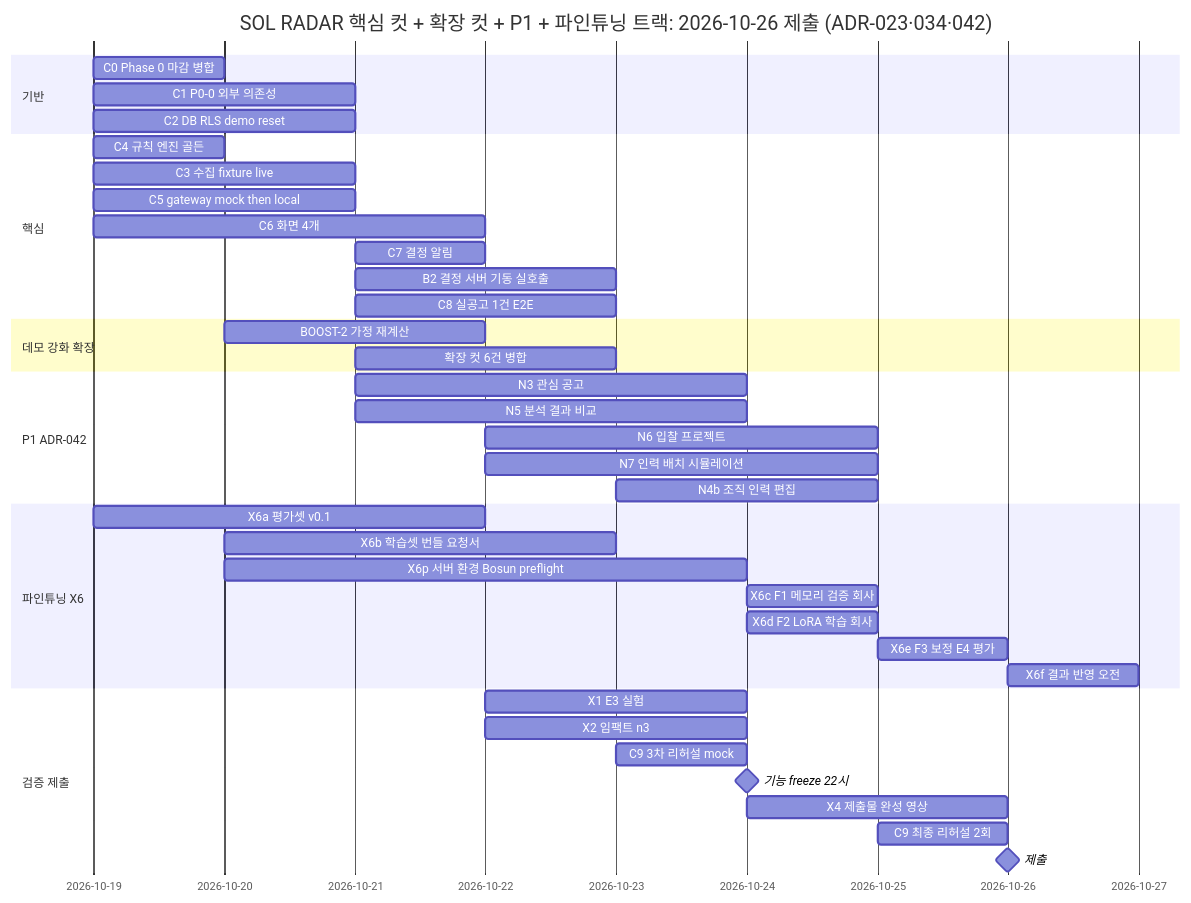
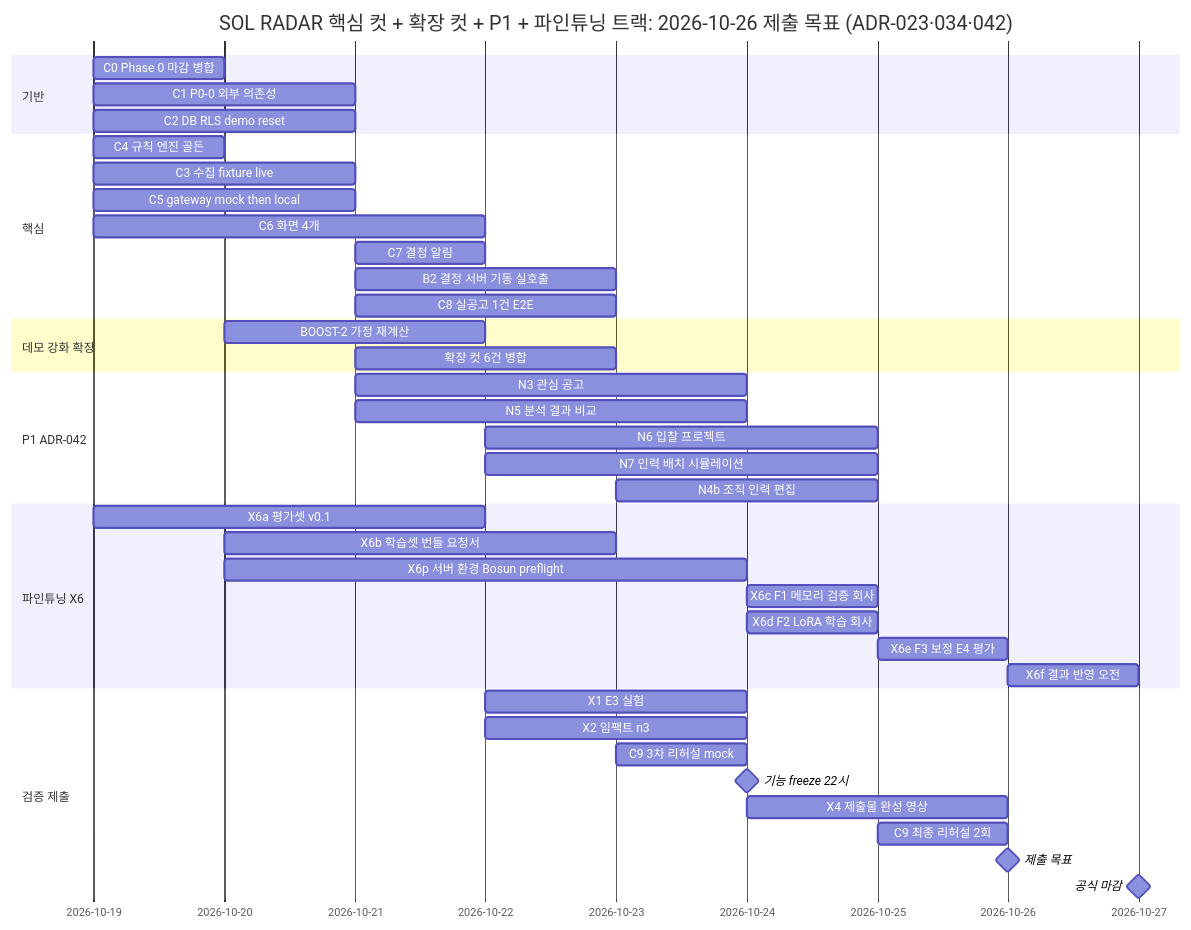
The diagram in docs/12-ROADMAP.md (solideoai/sol-radar), drawn with Mermaid before and after one commit. The commit also changed other lines of this file and 10 other files, not shown here.

````diff
--- a/docs/12-ROADMAP.md
+++ b/docs/12-ROADMAP.md
@@ -131,42 +131,43 @@
 ```mermaid
 gantt
- title SOL RADAR 핵심 컷 + 확장 컷 + P1 + 파인튜닝 트랙: 2026-10-26 제출 (ADR-023·034·042)
+ title SOL RADAR 핵심 컷 + 확장 컷 + P1 + 파인튜닝 트랙: 2026-10-26 제출 목표 (ADR-023·034·042)
  dateFormat YYYY-MM-DD
  section 기반
  C0 Phase 0 마감 병합 :c0, 2026-10-19, 1d
  C1 P0-0 외부 의존성 :c1, 2026-10-19, 2d
  C2 DB RLS demo reset :c2, 2026-10-19, 2d
  section 핵심
  C4 규칙 엔진 골든 :c4, 2026-10-19, 1d
  C3 수집 fixture live :c3, 2026-10-19, 2d
  C5 gateway mock then local :c5, 2026-10-19, 2d
  C6 화면 4개 :c6, 2026-10-19, 3d
  C7 결정 알림 :c7, 2026-10-21, 1d
  B2 결정 서버 기동 실호출 :b2s, 2026-10-21, 2d
  C8 실공고 1건 E2E :c8, 2026-10-21, 2d
  section 데모 강화 확장
  BOOST-2 가정 재계산 :b2, 2026-10-20, 2d
  확장 컷 6건 병합 :x5, 2026-10-21, 2d
  section P1 ADR-042
  N3 관심 공고 :p11, 2026-10-21, 3d
  N5 분석 결과 비교 :p12, 2026-10-21, 3d
  N6 입찰 프로젝트 :p13, 2026-10-22, 3d
  N7 인력 배치 시뮬레이션 :p14, 2026-10-22, 3d
  N4b 조직 인력 편집 :p15, 2026-10-23, 2d
  section 파인튜닝 X6
  X6a 평가셋 v0.1 :x6a, 2026-10-19, 3d
  X6b 학습셋 번들 요청서 :x6b, 2026-10-20, 3d
  X6p 서버 환경 Bosun preflight :x6p, 2026-10-20, 4d
  X6c F1 메모리 검증 회사 :x6c, 2026-10-24, 1d
  X6d F2 LoRA 학습 회사 :x6d, 2026-10-24, 1d
  X6e F3 보정 E4 평가 :x6e, 2026-10-25, 1d
  X6f 결과 반영 오전 :x6f, 2026-10-26, 1d
  section 검증 제출
  X1 E3 실험 :x1, 2026-10-22, 2d
  X2 임팩트 n3 :x2, 2026-10-22, 2d
  C9 3차 리허설 mock :c9, 2026-10-23, 1d
  기능 freeze 22시 :milestone, mf, 2026-10-24, 0d
  X4 제출물 완성 영상 :x4, 2026-10-24, 2d
  C9 최종 리허설 2회 :c9b, 2026-10-25, 1d
- 제출 :milestone, ms, 2026-10-26, 0d
+ 제출 목표 :milestone, ms, 2026-10-26, 0d
+ 공식 마감 :milestone, md, 2026-10-27, 0d
 ```
````
